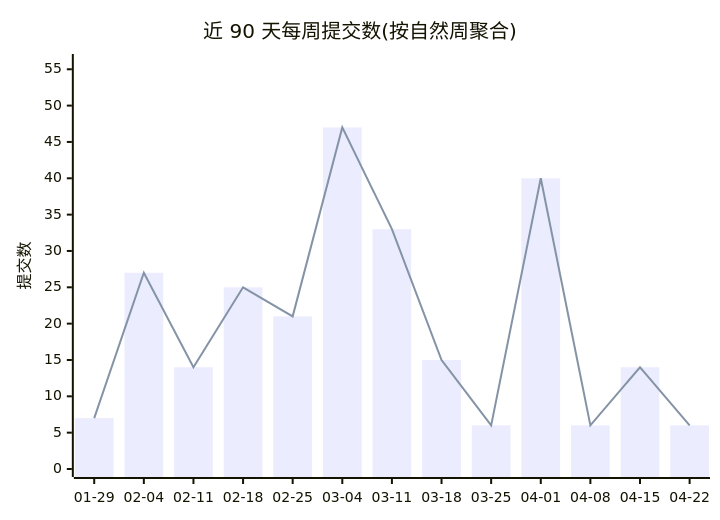
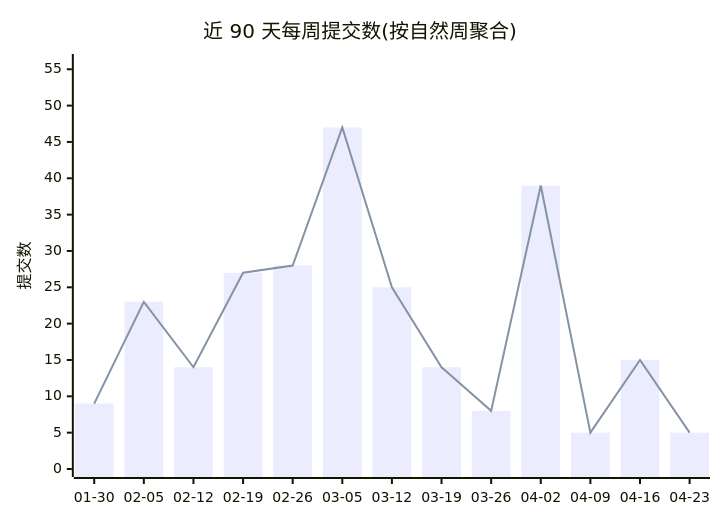
The first of 2 diagrams in profile/README.md (Conflux-Union/.github), drawn with Mermaid before and after one commit. The commit also changed other lines of this file and 1 other file, not shown here.

Commit message:
chore(stats): refresh org commit stats

````diff
--- a/profile/README.md
+++ b/profile/README.md
@@ -44,8 +44,8 @@
 ```mermaid
 xychart-beta
     title "近 90 天每周提交数(按自然周聚合)"
-    x-axis ["01-29", "02-04", "02-11", "02-18", "02-25", "03-04", "03-11", "03-18", "03-25", "04-01", "04-08", "04-15", "04-22"]
+    x-axis ["01-30", "02-05", "02-12", "02-19", "02-26", "03-05", "03-12", "03-19", "03-26", "04-02", "04-09", "04-16", "04-23"]
     y-axis "提交数" 0 --> 56
-    bar [7, 27, 14, 25, 21, 47, 33, 15, 6, 40, 6, 14, 6]
-    line [7, 27, 14, 25, 21, 47, 33, 15, 6, 40, 6, 14, 6]
+    bar [9, 23, 14, 27, 28, 47, 25, 14, 8, 39, 5, 15, 5]
+    line [9, 23, 14, 27, 28, 47, 25, 14, 8, 39, 5, 15, 5]
 ```
````
